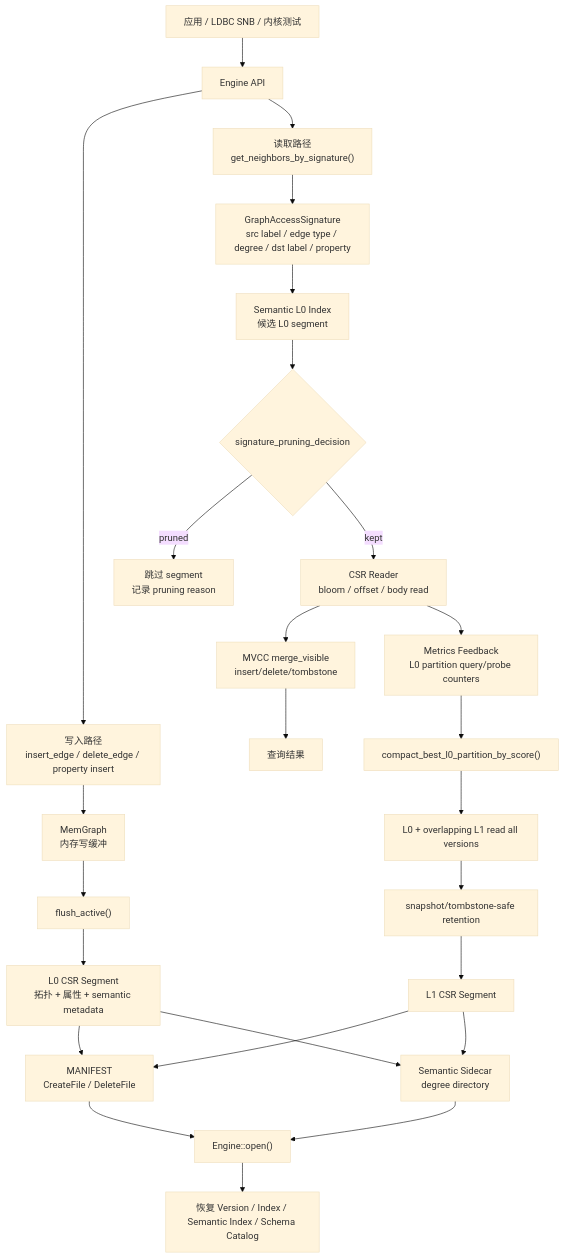
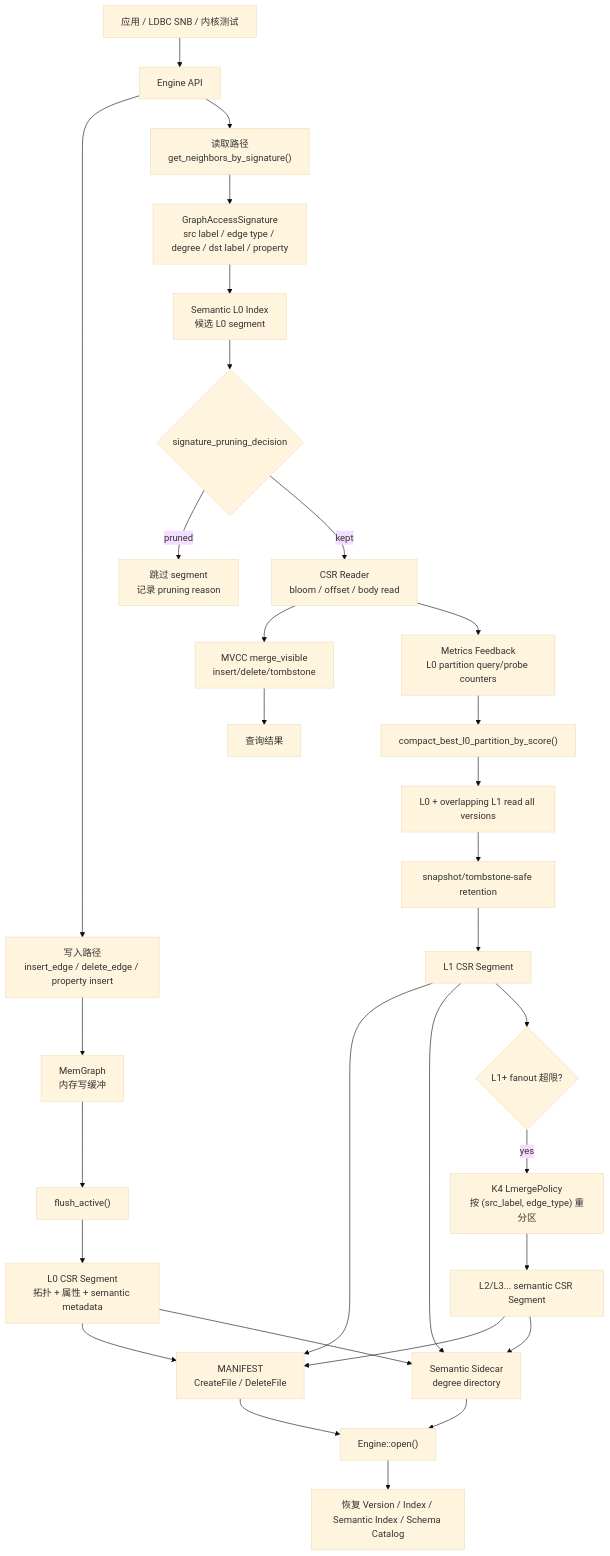
The diagram in LSMGRAPH-ARCHITECTURE.md (WhiteGive-base/lsmgraph-rs), drawn with Mermaid (base theme) before and after one commit. The commit also changed other lines of this file and 4 other files, not shown here.

Commit message:
Implement-K4-lmerge-policy-and-L1plus-filters

````diff
--- a/LSMGRAPH-ARCHITECTURE.md
+++ b/LSMGRAPH-ARCHITECTURE.md
@@ -44,32 +45,37 @@
 ```mermaid
 flowchart TD
     A["应用 / LDBC SNB / 内核测试"] --> B["Engine API"]
 
     B --> C["写入路径<br/>insert_edge / delete_edge / property insert"]
     C --> D["MemGraph<br/>内存写缓冲"]
     D --> E["flush_active()"]
     E --> F["L0 CSR Segment<br/>拓扑 + 属性 + semantic metadata"]
     F --> G["MANIFEST<br/>CreateFile / DeleteFile"]
     F --> H["Semantic Sidecar<br/>degree directory"]
 
     B --> I["读取路径<br/>get_neighbors_by_signature()"]
     I --> J["GraphAccessSignature<br/>src label / edge type / degree / dst label / property"]
     J --> K["Semantic L0 Index<br/>候选 L0 segment"]
     K --> L{"signature_pruning_decision"}
     L -->|pruned| M["跳过 segment<br/>记录 pruning reason"]
     L -->|kept| N["CSR Reader<br/>bloom / offset / body read"]
     N --> O["MVCC merge_visible<br/>insert/delete/tombstone"]
     O --> P["查询结果"]
 
     N --> Q["Metrics Feedback<br/>L0 partition query/probe counters"]
     Q --> R["compact_best_l0_partition_by_score()"]
     R --> S["L0 + overlapping L1 read all versions"]
     S --> T["snapshot/tombstone-safe retention"]
     T --> U["L1 CSR Segment"]
     U --> G
     U --> H
+    U --> X{"L1+ fanout 超限?"}
+    X -->|yes| Y["K4 LmergePolicy<br/>按 (src_label, edge_type) 重分区"]
+    Y --> Z["L2/L3... semantic CSR Segment"]
+    Z --> G
+    Z --> H
 
     G --> V["Engine::open()"]
     H --> V
     V --> W["恢复 Version / Index / Semantic Index / Schema Catalog"]
 ```
````
